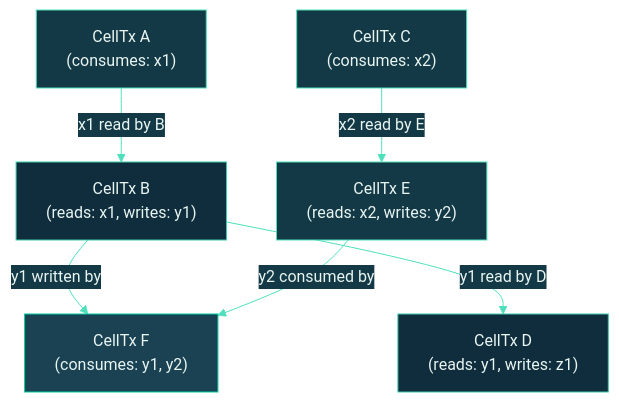
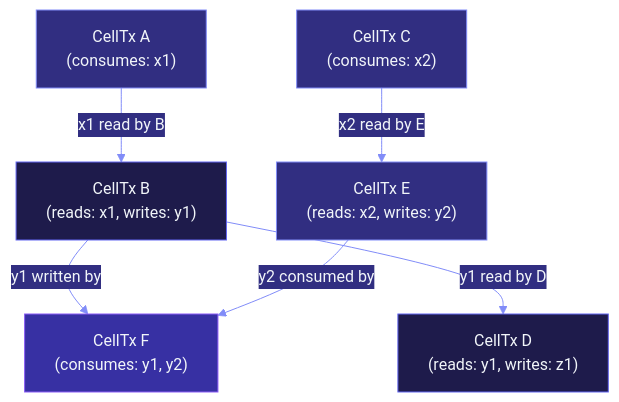
One commit to Myelin-Labs/Myelin changed the first of 2 diagrams in docs/architecture/scheduler.md. Above: the diagram before and after it, drawn with Mermaid. The commit also changed other lines of this file and 31 other files, not shown here.

````diff
--- a/docs/architecture/scheduler.md
+++ b/docs/architecture/scheduler.md
@@ -33,30 +33,30 @@
 ```mermaid
 %%{init: {
   "theme": "base",
   "themeVariables": {
-    "primaryColor": "#0F2D3D",
-    "primaryTextColor": "#E8F5F1",
-    "primaryBorderColor": "#3CCBAA",
-    "lineColor": "#4EE0BC",
-    "secondaryColor": "#143946",
-    "tertiaryColor": "#1A4253"
+    "primaryColor": "#1E1B4B",
+    "primaryTextColor": "#F1F5F9",
+    "primaryBorderColor": "#6366F1",
+    "lineColor": "#818CF8",
+    "secondaryColor": "#312E81",
+    "tertiaryColor": "#3730A3"
   }
 }}%%
 flowchart TB
     A["CellTx A<br/>(consumes: x1)"]:::a
     B["CellTx B<br/>(reads: x1, writes: y1)"]:::b
     C["CellTx C<br/>(consumes: x2)"]:::a
     D["CellTx D<br/>(reads: y1, writes: z1)"]:::b
     E["CellTx E<br/>(reads: x2, writes: y2)"]:::a
     F["CellTx F<br/>(consumes: y1, y2)"]:::c
 
     A -->|x1 read by B| B
     B -->|y1 written by| F
     B -->|y1 read by D| D
     C -->|x2 read by E| E
     E -->|y2 consumed by| F
 
-    classDef a fill:#143946,stroke:#4EE0BC,color:#E8F5F1;
-    classDef b fill:#0F2D3D,stroke:#3CCBAA,color:#E8F5F1;
-    classDef c fill:#1A4253,stroke:#00CC9F,color:#E8F5F1;
+    classDef a fill:#312E81,stroke:#818CF8,color:#F1F5F9;
+    classDef b fill:#1E1B4B,stroke:#6366F1,color:#F1F5F9;
+    classDef c fill:#3730A3,stroke:#8B5CF6,color:#F1F5F9;
 ```
````
